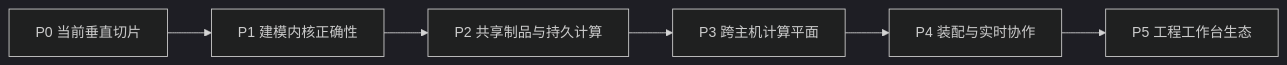
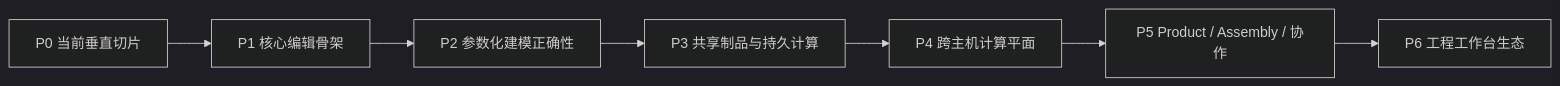
One commit to cossoledad/occccad changed diagram 47 of 49 in docs/TARGET_ARCHITECTURE.md. Above: the diagram before and after it, drawn with Mermaid (dark theme). The commit also changed other lines of this file and 2 other files, not shown here.

````diff
--- a/docs/TARGET_ARCHITECTURE.md
+++ b/docs/TARGET_ARCHITECTURE.md
@@ -491,8 +4875,9 @@
 ```mermaid
 flowchart LR
-    P0["P0 当前垂直切片"] --> P1["P1 建模内核正确性"]
-    P1 --> P2["P2 共享制品与持久计算"]
-    P2 --> P3["P3 跨主机计算平面"]
-    P3 --> P4["P4 装配与实时协作"]
-    P4 --> P5["P5 工程工作台生态"]
+    P0["P0 当前垂直切片"] --> P1["P1 核心编辑骨架"]
+    P1 --> P2["P2 参数化建模正确性"]
+    P2 --> P3["P3 共享制品与持久计算"]
+    P3 --> P4["P4 跨主机计算平面"]
+    P4 --> P5["P5 Product / Assembly / 协作"]
+    P5 --> P6["P6 工程工作台生态"]
 ```
````
